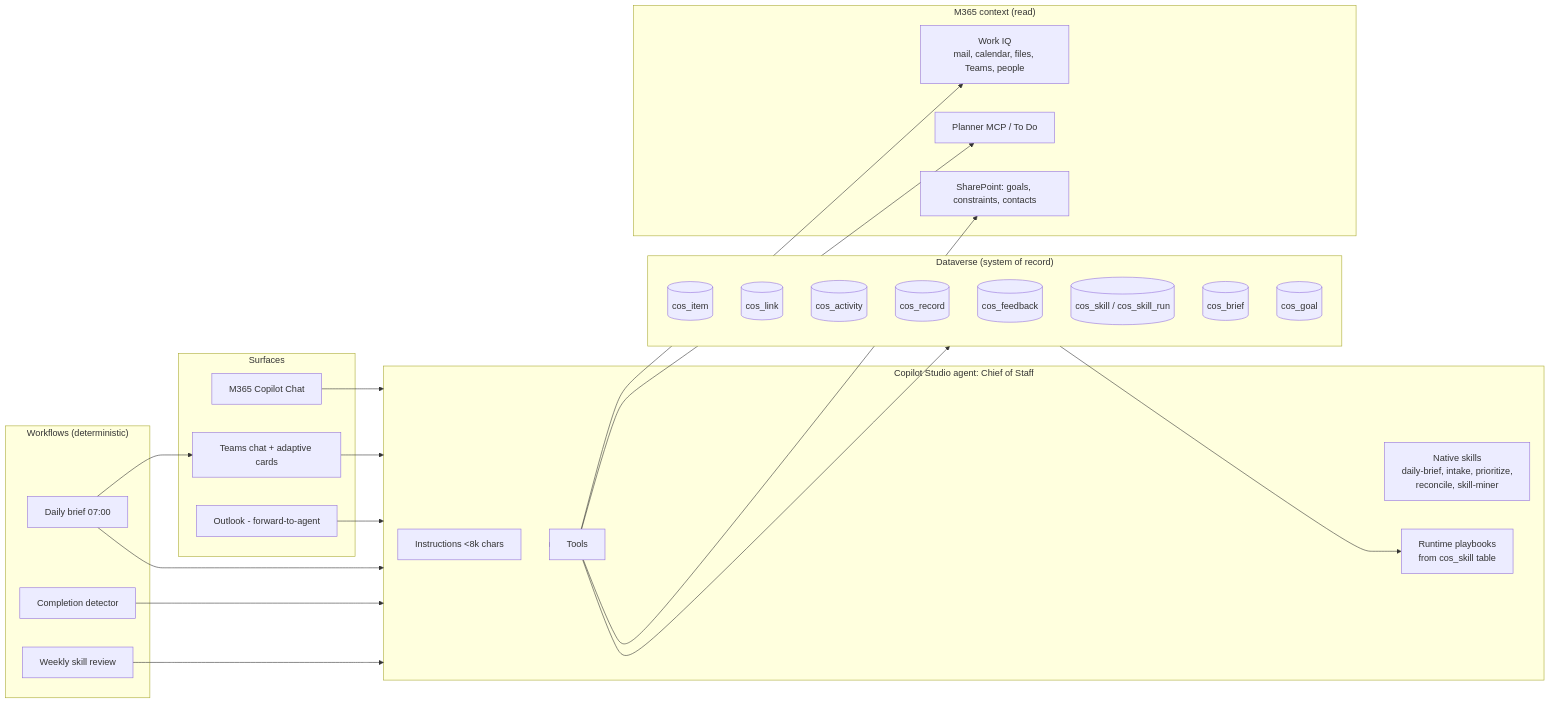
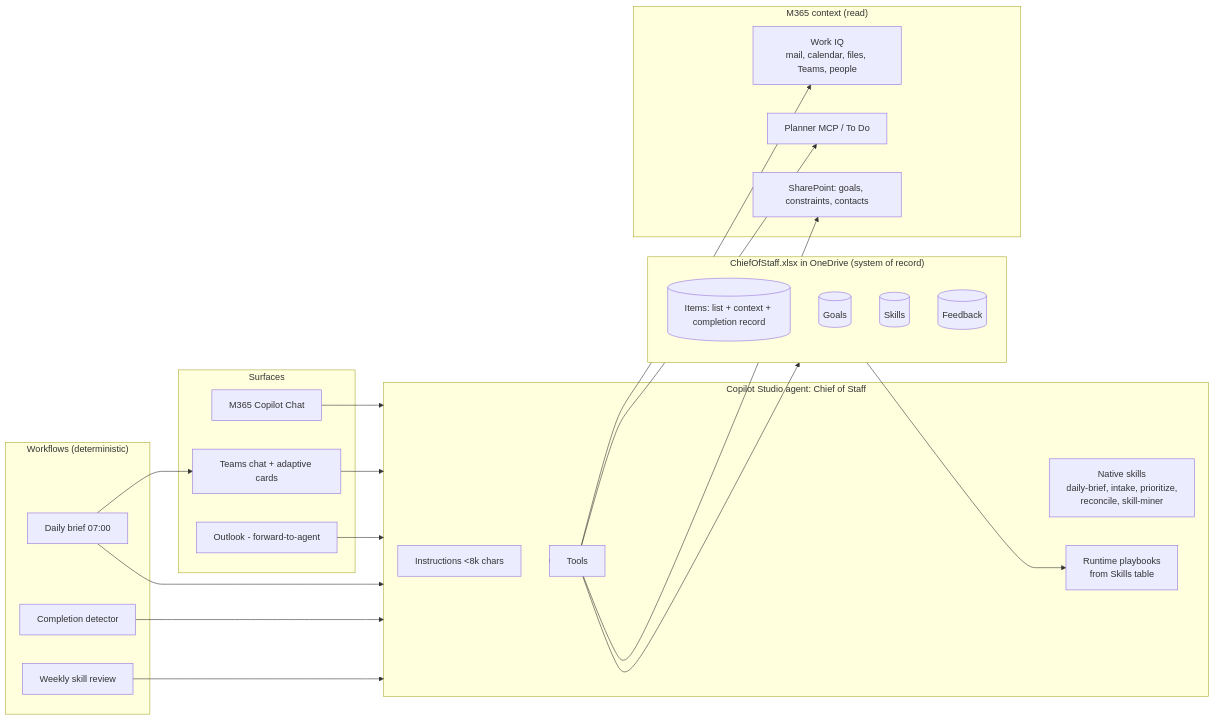
One commit to bryanhjordan-rgb/Copilot-chief-of-staff changed the diagram in m365/docs/02-architecture.md. Above: the diagram before and after it, drawn with Mermaid. The commit also changed other lines of this file and 23 other files, not shown here.

First line of the commit message:
Store the list in an Excel workbook instead of Dataverse

````diff
--- a/m365/docs/02-architecture.md
+++ b/m365/docs/02-architecture.md
@@ -21,46 +21,42 @@
 ```mermaid
 flowchart LR
   subgraph Surfaces
     CC[M365 Copilot Chat]
     T[Teams chat + adaptive cards]
     O[Outlook - forward-to-agent]
   end
 
   subgraph Agent["Copilot Studio agent: Chief of Staff"]
     I[Instructions <8k chars]
     SK[Native skills<br/>daily-brief, intake, prioritize,<br/>reconcile, skill-miner]
-    PB[Runtime playbooks<br/>from cos_skill table]
+    PB[Runtime playbooks<br/>from Skills table]
     TL[Tools]
   end
 
   subgraph Context["M365 context (read)"]
     WIQ[Work IQ<br/>mail, calendar, files, Teams, people]
     PL[Planner MCP / To Do]
     SP[SharePoint: goals, constraints, contacts]
   end
 
-  subgraph Store["Dataverse (system of record)"]
-    ITM[(cos_item)]
-    LNK[(cos_link)]
-    ACT[(cos_activity)]
-    REC[(cos_record)]
-    FB[(cos_feedback)]
-    SKT[(cos_skill / cos_skill_run)]
-    BR[(cos_brief)]
-    GL[(cos_goal)]
+  subgraph Store["ChiefOfStaff.xlsx in OneDrive (system of record)"]
+    ITM[(Items: list + context + completion record)]
+    GL[(Goals)]
+    SKT[(Skills)]
+    FB[(Feedback)]
   end
 
   subgraph Flows["Workflows (deterministic)"]
     F1[Daily brief 07:00]
     F2[Completion detector]
     F3[Weekly skill review]
   end
 
   CC & T & O --> Agent
   Agent --> TL
   TL --> WIQ & PL & SP
   TL --> Store
   F1 & F2 & F3 --> Agent
   F1 --> T
   Store --> PB
 ```
````
